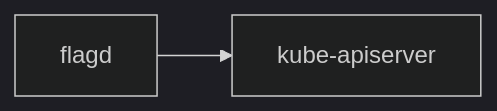
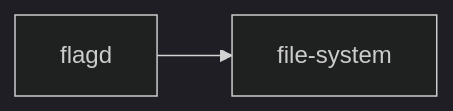
The sixth of 9 diagrams in docs/threat_model.md (open-feature/open-feature-operator), drawn with Mermaid (dark theme) before and after one commit. The commit also changed other lines of this file, not shown here.

````diff
--- a/docs/threat_model.md
+++ b/docs/threat_model.md
@@ -93,4 +114,4 @@
 ```mermaid
 flowchart LR
-    flagd --> kube-apiserver
+    flagd --> file-system
 ```
````
